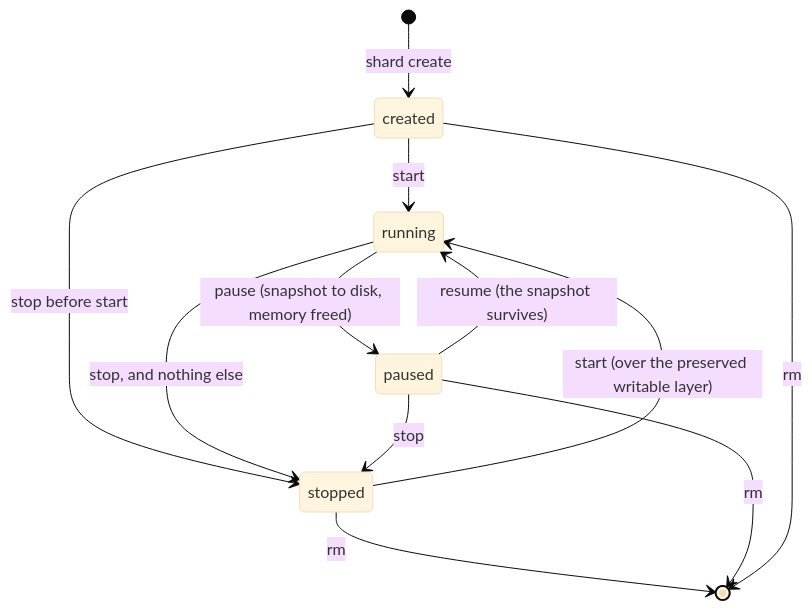
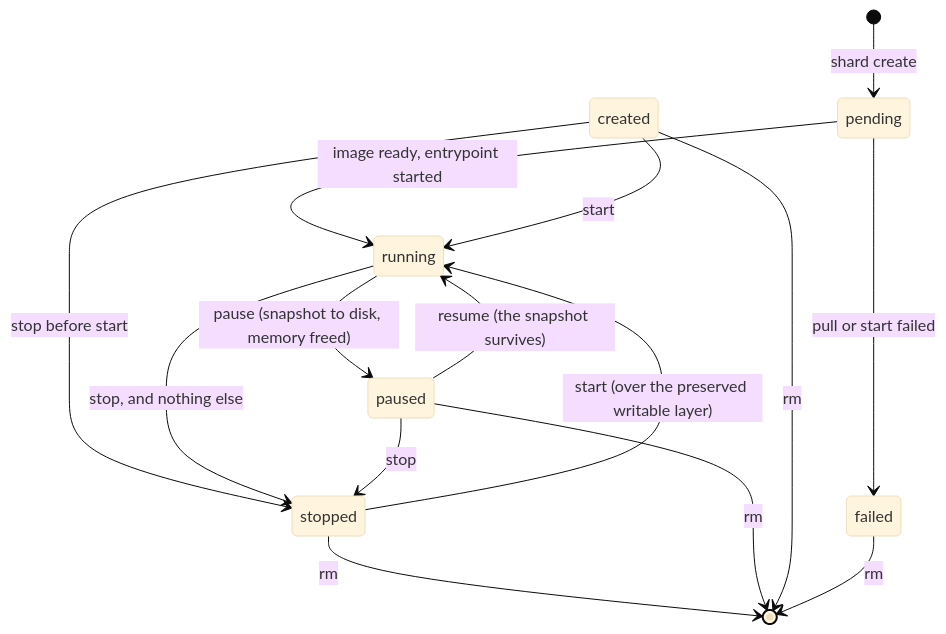
The diagram in docs/state-machine.md (presmihaylov/shard), drawn with Mermaid (base theme) before and after one commit. The commit also changed other lines of this file and 29 other files, not shown here.

First line of the commit message:
SHARD-166: add pending and failed sandbox states (#123)

````diff
--- a/docs/state-machine.md
+++ b/docs/state-machine.md
@@ -5,14 +5,17 @@
 ```mermaid
 stateDiagram-v2
-    [*] --> created: shard create
+    [*] --> pending: shard create
+    pending --> running: image ready, entrypoint started
+    pending --> failed: pull or start failed
     created --> running: start
     created --> stopped: stop before start
     running --> paused: pause (snapshot to disk, memory freed)
     running --> stopped: stop, and nothing else
     paused --> running: resume (the snapshot survives)
     paused --> stopped: stop
     stopped --> running: start (over the preserved writable layer)
     stopped --> [*]: rm
     paused --> [*]: rm
     created --> [*]: rm
+    failed --> [*]: rm
 ```
````
